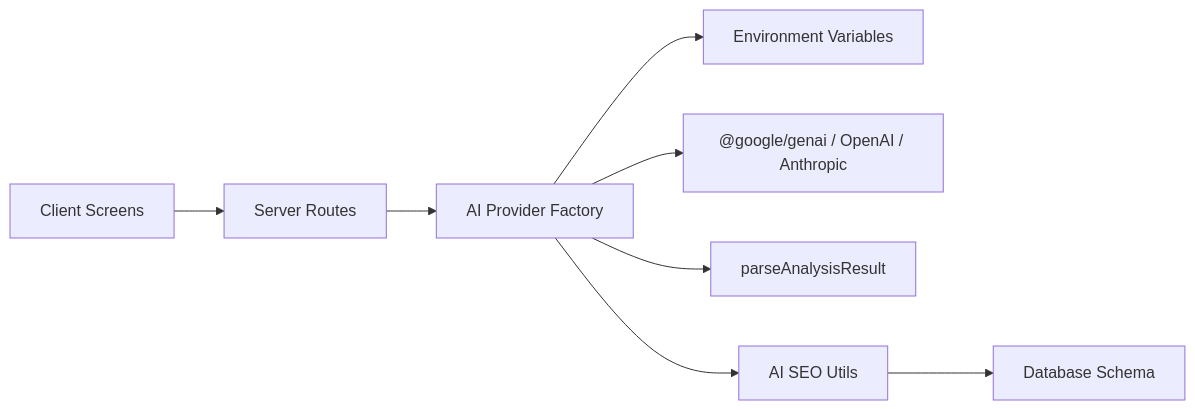
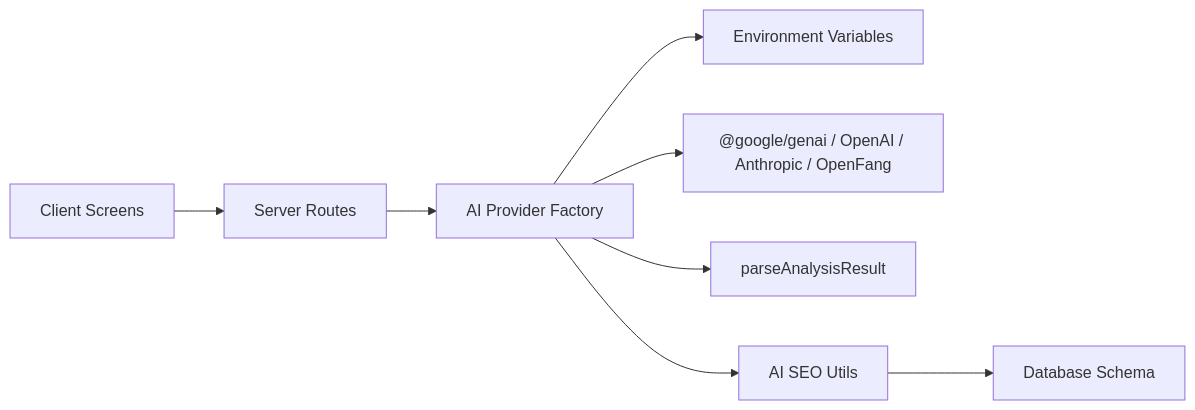
Diagram 12 of 12 in .qoder/repowiki/en/content/AI Integration/AI Provider System.md (hunglevi87/Hidden-Gem), drawn with Mermaid before and after one commit. The commit also changed other lines of this file and 5 other files, not shown here.

First line of the commit message:
feat(ai-provider): add OpenFang provider with multi-model routing

````diff
--- a/.qoder/repowiki/en/content/AI Integration/AI Provider System.md
+++ b/.qoder/repowiki/en/content/AI Integration/AI Provider System.md
@@ -437,10 +467,10 @@
 ```mermaid
 graph LR
 Client["Client Screens"] --> Routes["Server Routes"]
 Routes --> Factory["AI Provider Factory"]
 Factory --> Env["Environment Variables"]
-Factory --> Providers["@google/genai / OpenAI / Anthropic"]
+Factory --> Providers["@google/genai / OpenAI / Anthropic / OpenFang"]
 Factory --> Parser["parseAnalysisResult"]
 SEO["AI SEO Utils"] --> Schema["Database Schema"]
 Factory --> SEO
 ```
````
